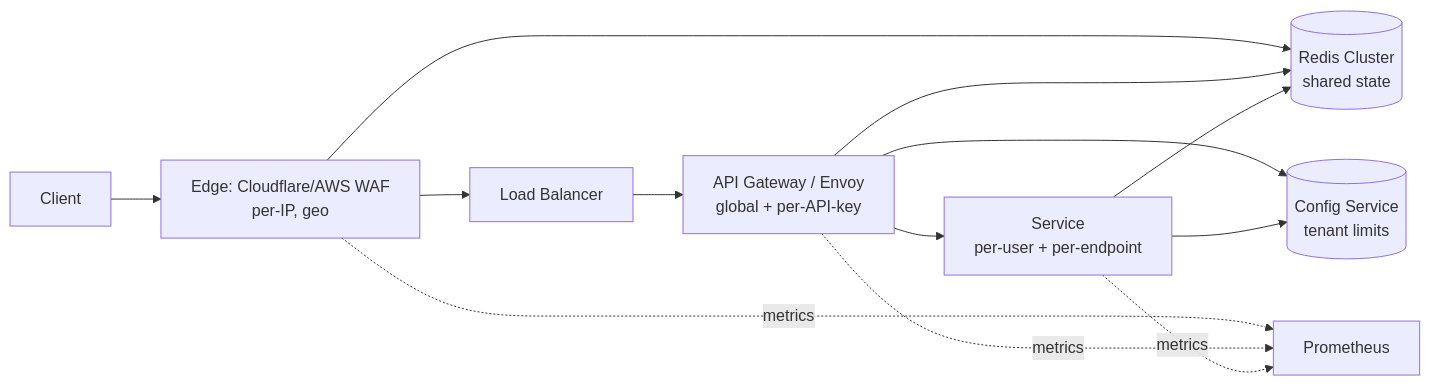
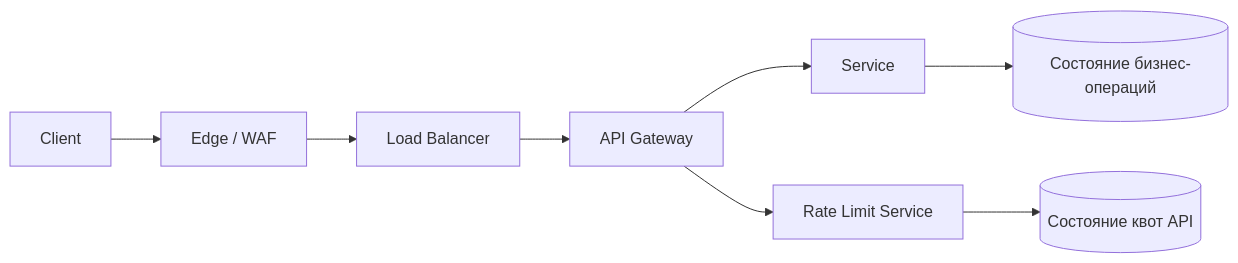
Before and after one commit to akeverus/cheat-sheet: the diagram in cheatsheets/interview/system-design/design-rate-limiter-interview.md, drawn with Mermaid. The commit also changed other lines of this file and 154 other files, not shown here.

````diff
--- a/cheatsheets/interview/system-design/design-rate-limiter-interview.md
+++ b/cheatsheets/interview/system-design/design-rate-limiter-interview.md
@@ -828,21 +542,10 @@
 ```mermaid
 graph LR
-    C[Client]
-    Edge[Edge: Cloudflare/AWS WAF<br/>per-IP, geo]
-    LB[Load Balancer]
-    GW[API Gateway / Envoy<br/>global + per-API-key]
-    Svc[Service<br/>per-user + per-endpoint]
-    Redis[(Redis Cluster<br/>shared state)]
-    Config[(Config Service<br/>tenant limits)]
-    Metrics[Prometheus]
-
-    C --> Edge --> LB --> GW --> Svc
-    Edge --> Redis
-    GW --> Redis
-    Svc --> Redis
-    GW --> Config
-    Svc --> Config
-    Edge -.metrics.-> Metrics
-    GW -.metrics.-> Metrics
-    Svc -.metrics.-> Metrics
+    C[Client] --> Edge[Edge / WAF]
+    Edge --> LB[Load Balancer]
+    LB --> GW[API Gateway]
+    GW --> Svc[Service]
+    GW --> RL[Rate Limit Service]
+    RL --> Store[(Состояние квот API)]
+    Svc --> DB[(Состояние бизнес-операций)]
 ```
````
